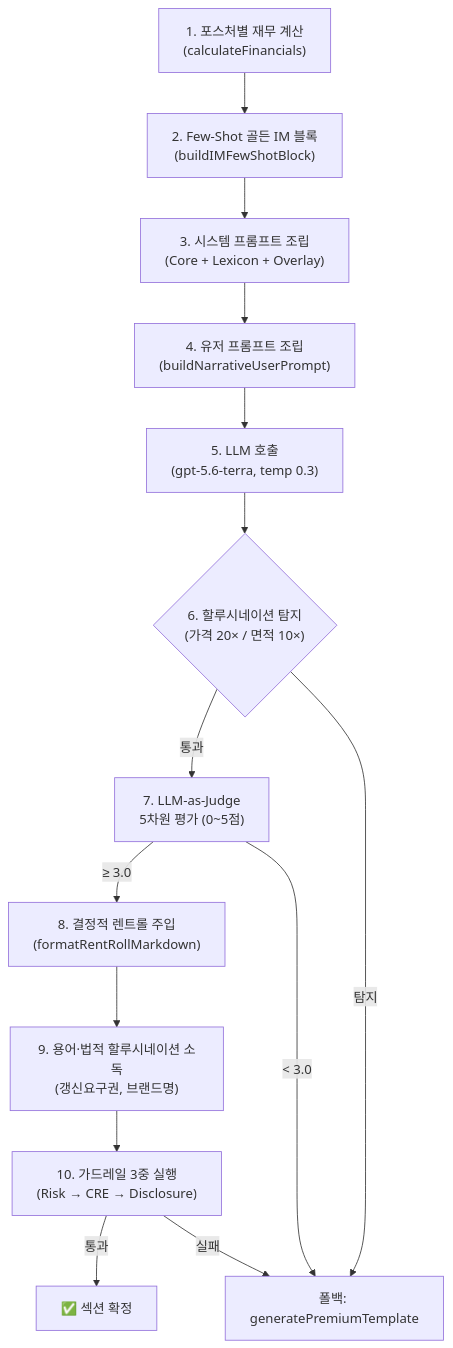
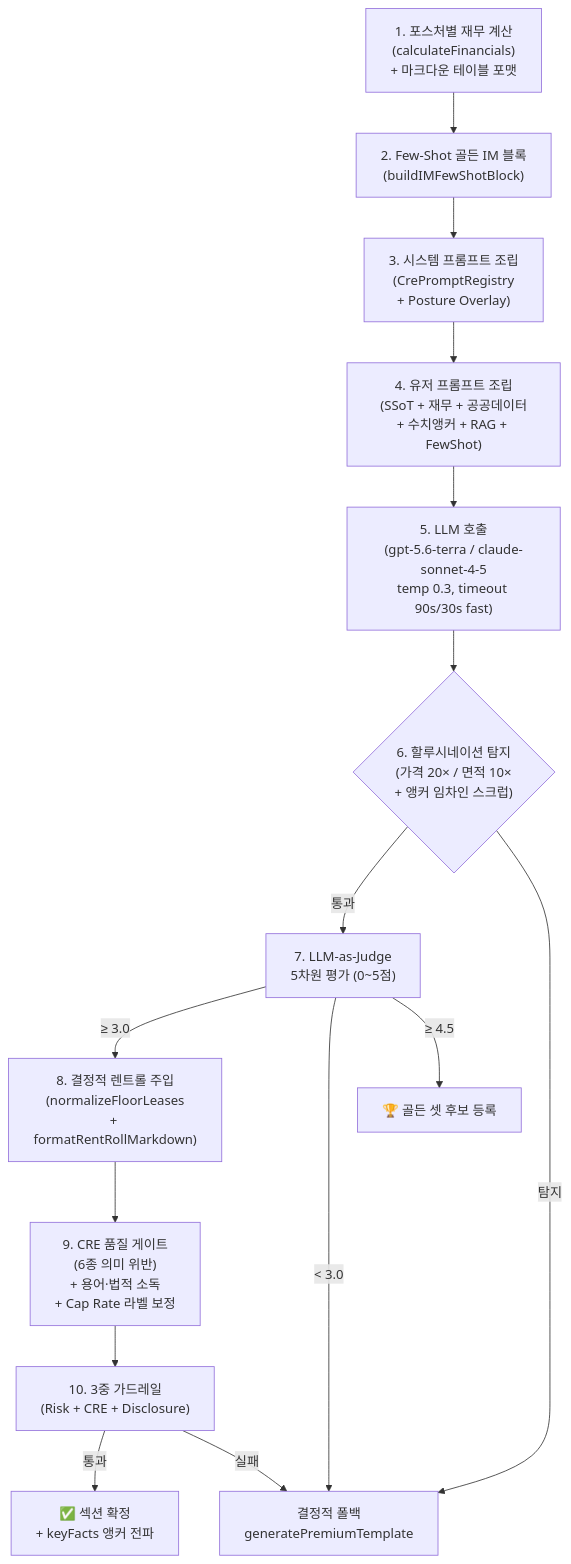
Before and after one commit to kboom8002/cre-dealcard: the second of 2 diagrams in docs/test0825/02_MOBILE_IM_CONTENT_GENERATION_AND_RENDERING_SPEC.md, drawn with Mermaid. The commit also changed other lines of this file and 2 other files, not shown here.

````diff
--- a/docs/test0825/02_MOBILE_IM_CONTENT_GENERATION_AND_RENDERING_SPEC.md
+++ b/docs/test0825/02_MOBILE_IM_CONTENT_GENERATION_AND_RENDERING_SPEC.md
@@ -118,16 +114,17 @@
 ```mermaid
 flowchart TD
-    A["1. 포스처별 재무 계산\n(calculateFinancials)"] --> B["2. Few-Shot 골든 IM 블록\n(buildIMFewShotBlock)"]
-    B --> C["3. 시스템 프롬프트 조립\n(Core + Lexicon + Overlay)"]
-    C --> D["4. 유저 프롬프트 조립\n(buildNarrativeUserPrompt)"]
-    D --> E["5. LLM 호출\n(gpt-5.6-terra, temp 0.3)"]
-    E --> F{"6. 할루시네이션 탐지\n(가격 20× / 면적 10×)"}
+    A["1. 포스처별 재무 계산\n(calculateFinancials)\n+ 마크다운 테이블 포맷"] --> B["2. Few-Shot 골든 IM 블록\n(buildIMFewShotBlock)"]
+    B --> C["3. 시스템 프롬프트 조립\n(CrePromptRegistry\n+ Posture Overlay)"]
+    C --> D["4. 유저 프롬프트 조립\n(SSoT + 재무 + 공공데이터\n+ 수치앵커 + RAG + FewShot)"]
+    D --> E["5. LLM 호출\n(gpt-5.6-terra / claude-sonnet-4-5\ntemp 0.3, timeout 90s/30s fast)"]
+    E --> F{"6. 할루시네이션 탐지\n(가격 20× / 면적 10×\n+ 앵커 임차인 스크럽)"}
     F -->|통과| G["7. LLM-as-Judge\n5차원 평가 (0~5점)"]
-    F -->|탐지| T["폴백: generatePremiumTemplate"]
-    G -->|≥ 3.0| H["8. 결정적 렌트롤 주입\n(formatRentRollMarkdown)"]
+    F -->|탐지| T["결정적 폴백\ngeneratePremiumTemplate"]
+    G -->|≥ 3.0| H["8. 결정적 렌트롤 주입\n(normalizeFloorLeases\n+ formatRentRollMarkdown)"]
     G -->|< 3.0| T
-    H --> I["9. 용어·법적 할루시네이션 소독\n(갱신요구권, 브랜드명)"]
-    I --> J["10. 가드레일 3중 실행\n(Risk → CRE → Disclosure)"]
-    J -->|통과| K["✅ 섹션 확정"]
+    H --> I["9. CRE 품질 게이트\n(6종 의미 위반)\n+ 용어·법적 소독\n+ Cap Rate 라벨 보정"]
+    I --> J["10. 3중 가드레일\n(Risk + CRE + Disclosure)"]
+    J -->|통과| K["✅ 섹션 확정\n+ keyFacts 앵커 전파"]
     J -->|실패| T
+    G -->|≥ 4.5| GO["🏆 골든 셋 후보 등록"]
 ```
````
